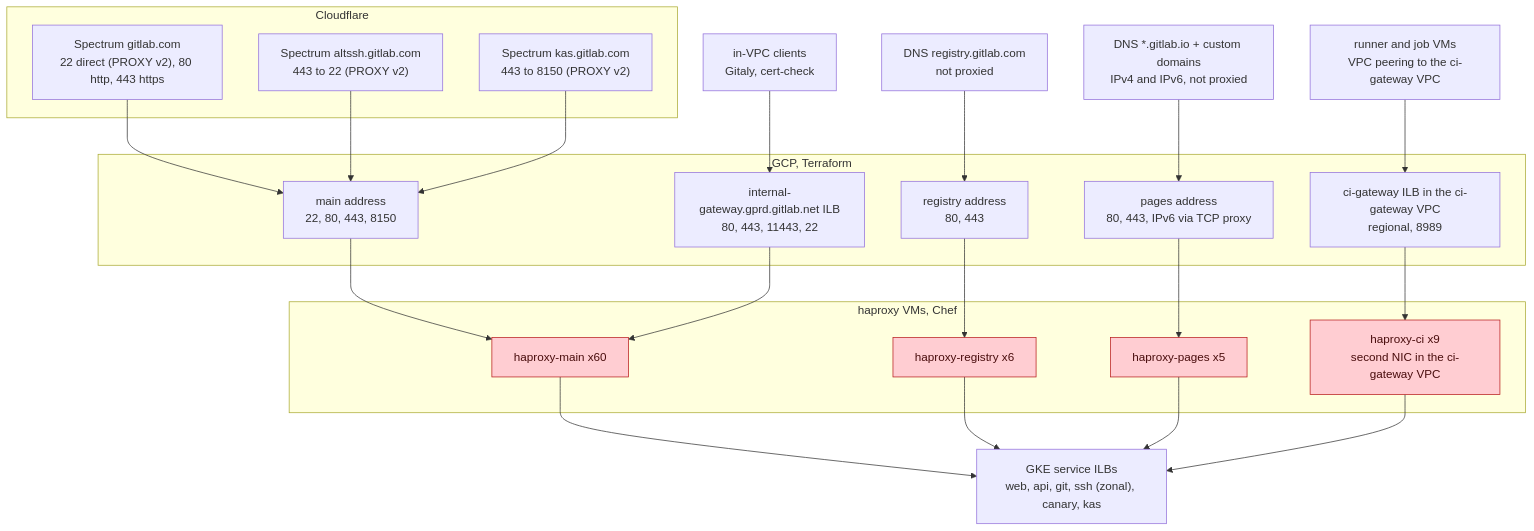
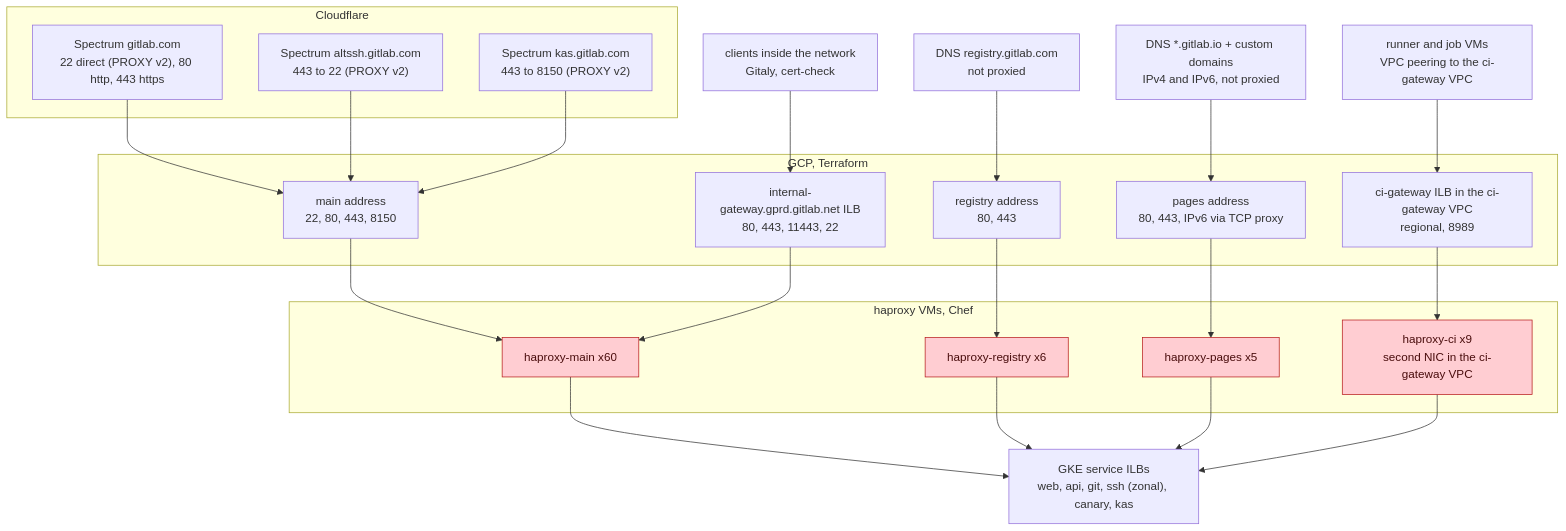
The first of 2 diagrams in content/handbook/engineering/architecture/design-documents/haproxy_kubernetes/_index.md (kyama0/gitlab-handbook-ja), drawn with Mermaid before and after one commit. The commit also changed other lines of this file and 51 other files, not shown here.

````diff
--- a/content/handbook/engineering/architecture/design-documents/haproxy_kubernetes/_index.md
+++ b/content/handbook/engineering/architecture/design-documents/haproxy_kubernetes/_index.md
@@ -125,47 +127,47 @@
 ```mermaid
 graph TB
     subgraph edge ["Cloudflare"]
         spec["Spectrum gitlab.com<br/>22 direct (PROXY v2), 80 http, 443 https"]
         altssh["Spectrum altssh.gitlab.com<br/>443 to 22 (PROXY v2)"]
         kas["Spectrum kas.gitlab.com<br/>443 to 8150 (PROXY v2)"]
     end
     dns_reg["DNS registry.gitlab.com<br/>not proxied"]
     dns_pages["DNS *.gitlab.io + custom domains<br/>IPv4 and IPv6, not proxied"]
-    int["in-VPC clients<br/>Gitaly, cert-check"]
+    int["clients inside the network<br/>Gitaly, cert-check"]
     psc["runner and job VMs<br/>VPC peering to the ci-gateway VPC"]
 
     subgraph gcp ["GCP, Terraform"]
         a_main["main address<br/>22, 80, 443, 8150"]
         a_reg["registry address<br/>80, 443"]
         a_pages["pages address<br/>80, 443, IPv6 via TCP proxy"]
         ilb_int["internal-gateway.gprd.gitlab.net ILB<br/>80, 443, 11443, 22"]
         ilb_ci["ci-gateway ILB in the ci-gateway VPC<br/>regional, 8989"]
     end
 
     subgraph vms ["haproxy VMs, Chef"]
         v_main["haproxy-main x60"]
         v_reg["haproxy-registry x6"]
         v_pages["haproxy-pages x5"]
         v_ci["haproxy-ci x9<br/>second NIC in the ci-gateway VPC"]
     end
 
     spec --> a_main
     altssh --> a_main
     kas --> a_main
     dns_reg --> a_reg
     dns_pages --> a_pages
     int --> ilb_int
     psc --> ilb_ci
     a_main --> v_main
     ilb_int --> v_main
     a_reg --> v_reg
     a_pages --> v_pages
     ilb_ci --> v_ci
     v_main --> be["GKE service ILBs<br/>web, api, git, ssh (zonal), canary, kas"]
     v_reg --> be
     v_pages --> be
     v_ci --> be
 
     classDef old fill:#ffcdd2,stroke:#b71c1c,color:#4a0d0d
     class v_main,v_reg,v_pages,v_ci old
 ```
````
